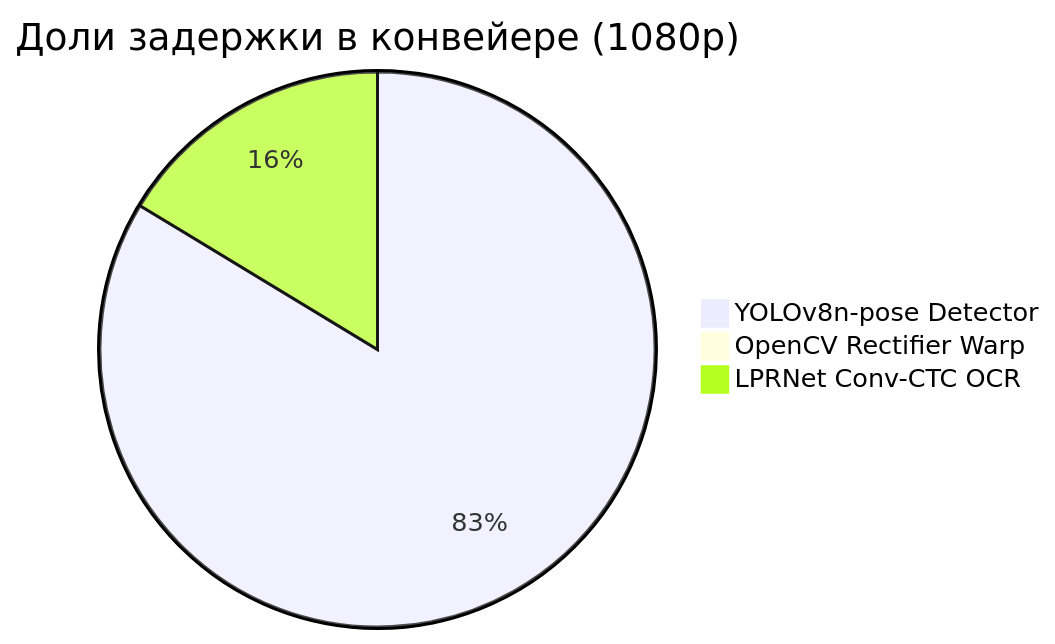
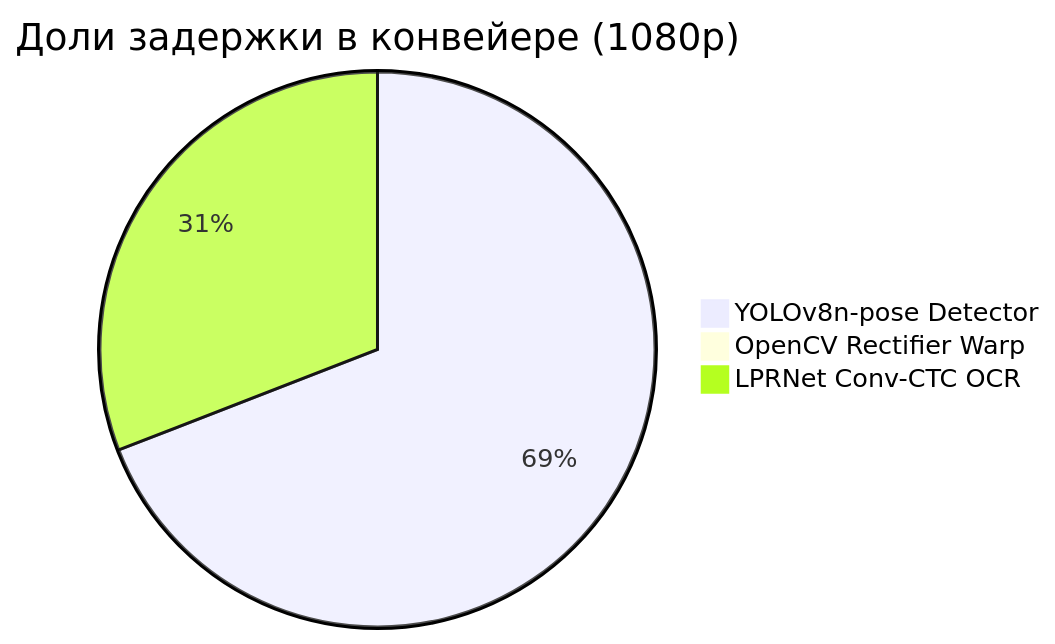
One commit to Vamsilver/OmniPlate-RU changed the diagram in docs/report/latency_benchmark_cpu.md. Above: the diagram before and after it, drawn with Mermaid. The commit also changed other lines of this file and 39 other files, not shown here.

````diff
--- a/docs/report/latency_benchmark_cpu.md
+++ b/docs/report/latency_benchmark_cpu.md
@@ -50,6 +50,6 @@
 ```mermaid
 pie title Доли задержки в конвейере (1080p)
-    "YOLOv8n-pose Detector" : 310.4
-    "OpenCV Rectifier Warp" : 1.97
-    "LPRNet Conv-CTC OCR" : 60.6
+    "YOLOv8n-pose Detector" : 329.5
+    "OpenCV Rectifier Warp" : 2.75
+    "LPRNet Conv-CTC OCR" : 147.3
 ```
````
